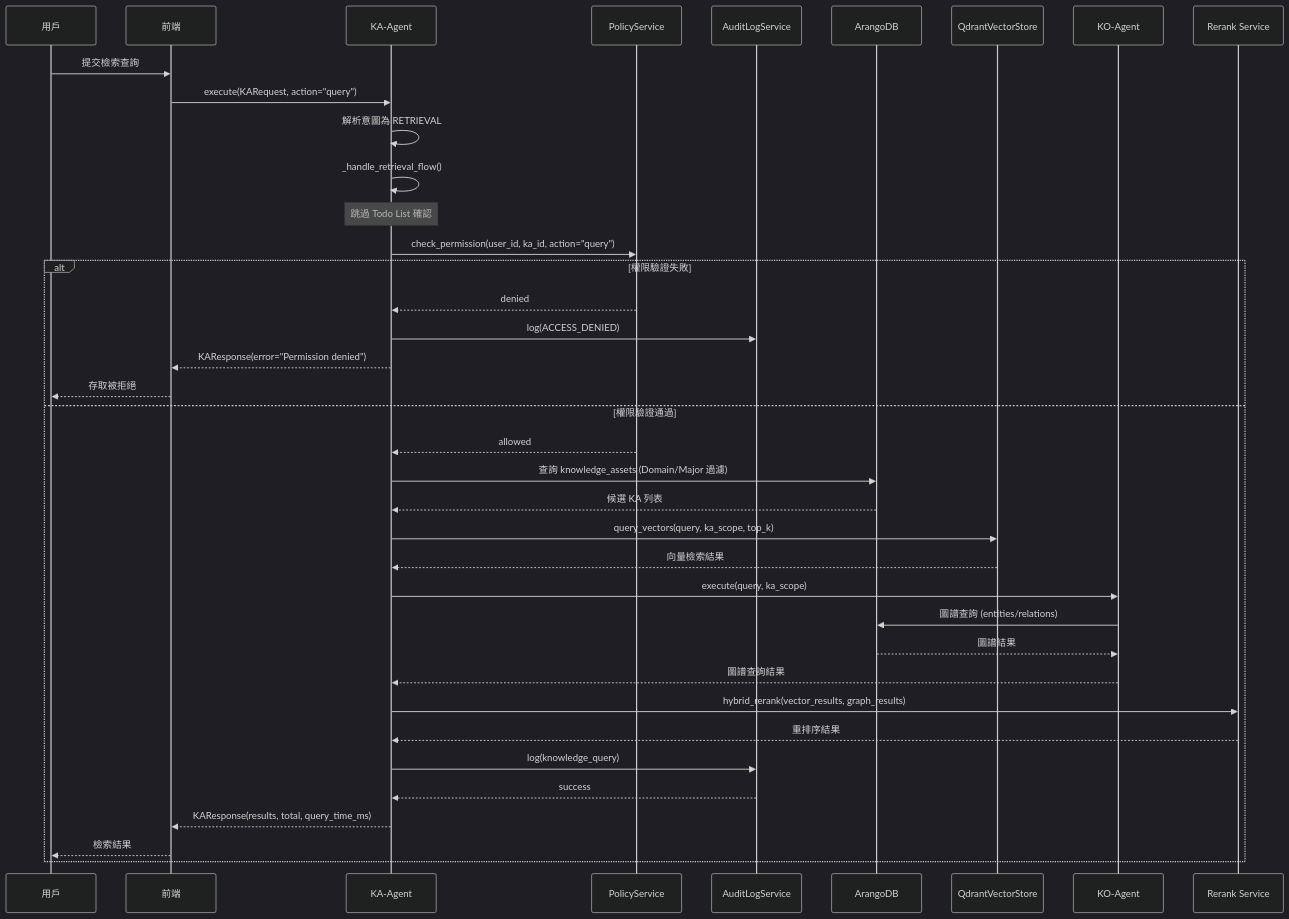
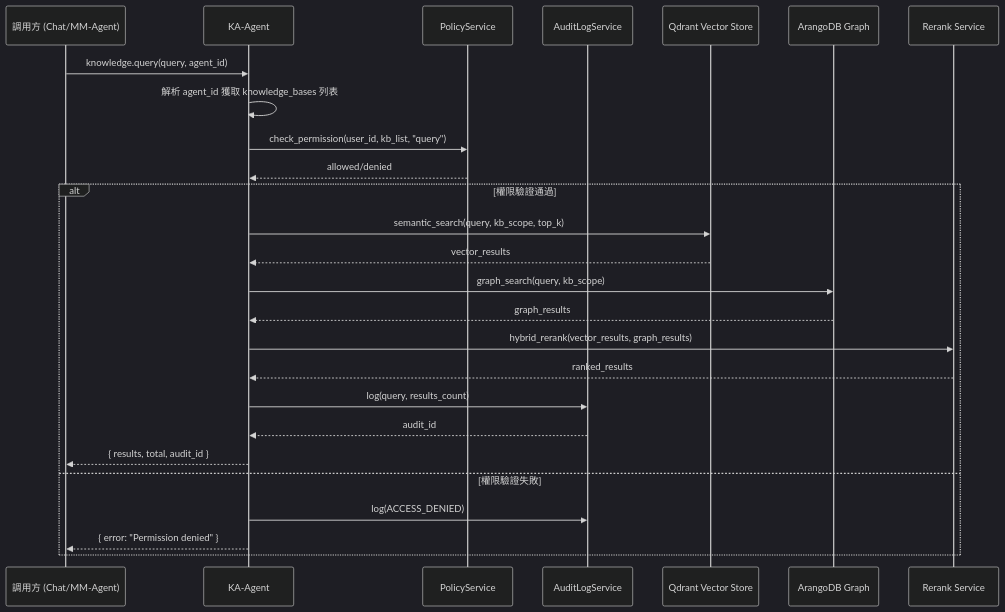
The diagram in docs/系统设计文档/核心组件/Agent平台/KA-Agent/KA-Agent-規格書.md (DanielChung520/AI-Box), drawn with Mermaid (dark theme) before and after one commit. The commit also changed other lines of this file and 286 other files, not shown here.

````diff
--- a/docs/系统设计文档/核心组件/Agent平台/KA-Agent/KA-Agent-規格書.md
+++ b/docs/系统设计文档/核心组件/Agent平台/KA-Agent/KA-Agent-規格書.md
@@ -347,43 +285,34 @@
 ```mermaid
 sequenceDiagram
-    participant User as 用戶
-    participant Frontend as 前端
+    participant Caller as 調用方 (Chat/MM-Agent)
     participant KA as KA-Agent
     participant Policy as PolicyService
     participant Audit as AuditLogService
-    participant ArangoDB as ArangoDB
-    participant Qdrant as QdrantVectorStore
-    participant KO as KO-Agent
+    participant Qdrant as Qdrant Vector Store
+    participant ArangoDB as ArangoDB Graph
     participant Rerank as Rerank Service
 
-    User->>Frontend: 提交檢索查詢
-    Frontend->>KA: execute(KARequest, action="query")
-    KA->>KA: 解析意圖為 RETRIEVAL
-    KA->>KA: _handle_retrieval_flow()
-    
-    Note over KA: 跳過 Todo List 確認
-    
-    KA->>Policy: check_permission(user_id, ka_id, action="query")
-    alt 權限驗證失敗
-        Policy-->>KA: denied
+    Caller->>KA: knowledge.query(query, agent_id)
+    KA->>KA: 解析 agent_id 獲取 knowledge_bases 列表
+    KA->>Policy: check_permission(user_id, kb_list, "query")
+    Policy-->>KA: allowed/denied
+
+    alt 權限驗證通過
+        KA->>Qdrant: semantic_search(query, kb_scope, top_k)
+        Qdrant-->>KA: vector_results
+
+        KA->>ArangoDB: graph_search(query, kb_scope)
+        ArangoDB-->>KA: graph_results
+
+        KA->>Rerank: hybrid_rerank(vector_results, graph_results)
+        Rerank-->>KA: ranked_results
+
+        KA->>Audit: log(query, results_count)
+        Audit-->>KA: audit_id
+
+        KA-->>Caller: { results, total, audit_id }
+    else 權限驗證失敗
         KA->>Audit: log(ACCESS_DENIED)
-        KA-->>Frontend: KAResponse(error="Permission denied")
-        Frontend-->>User: 存取被拒絕
-    else 權限驗證通過
-        Policy-->>KA: allowed
-        KA->>ArangoDB: 查詢 knowledge_assets (Domain/Major 過濾)
-        ArangoDB-->>KA: 候選 KA 列表
-        KA->>Qdrant: query_vectors(query, ka_scope, top_k)
-        Qdrant-->>KA: 向量檢索結果
-        KA->>KO: execute(query, ka_scope)
-        KO->>ArangoDB: 圖譜查詢 (entities/relations)
-        ArangoDB-->>KO: 圖譜結果
-        KO-->>KA: 圖譜查詢結果
-        KA->>Rerank: hybrid_rerank(vector_results, graph_results)
-        Rerank-->>KA: 重排序結果
-        KA->>Audit: log(knowledge_query)
-        Audit-->>KA: success
-        KA-->>Frontend: KAResponse(results, total, query_time_ms)
-        Frontend-->>User: 檢索結果
+        KA-->>Caller: { error: "Permission denied" }
     end
 ```
````
